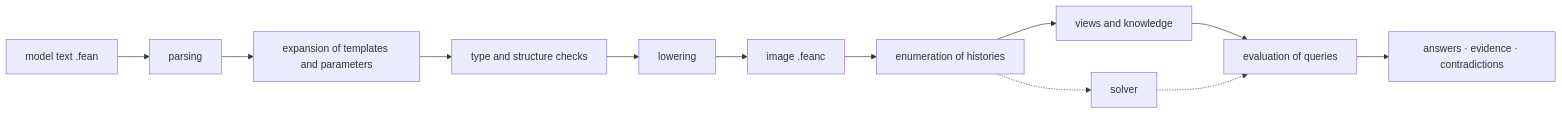
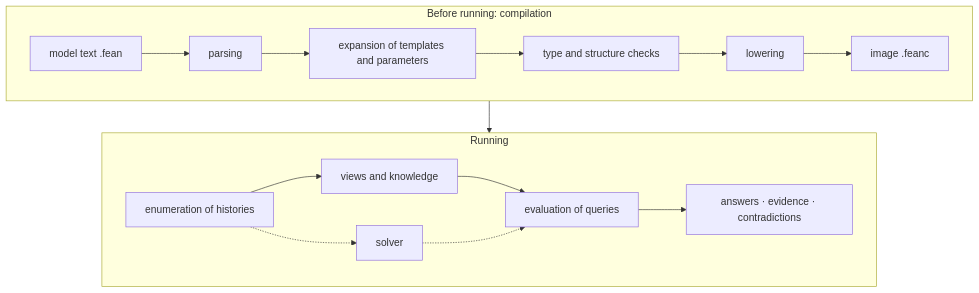
The diagram in README.en.md (jemsi7/fean), drawn with Mermaid before and after one commit. The commit also changed other lines of this file and 5 other files, not shown here.

````diff
--- a/README.en.md
+++ b/README.en.md
@@ -171,14 +171,13 @@
 ```mermaid
-flowchart LR
-    A["model text .fean"] --> B["parsing"]
-    B --> C["expansion of templates and parameters"]
-    C --> D["type and structure checks"]
-    D --> E["lowering"]
-    E --> F["image .feanc"]
-    F --> G["enumeration of histories"]
-    G --> H["views and knowledge"]
-    H --> I["evaluation of queries"]
-    I --> J["answers · evidence · contradictions"]
-    G -.-> K["solver"]
-    K -.-> I
+flowchart TB
+    subgraph compile["Before running: compilation"]
+        direction LR
+        A["model text .fean"] --> B["parsing"] --> C["expansion of templates and parameters"] --> D["type and structure checks"] --> E["lowering"] --> F["image .feanc"]
+    end
+    subgraph run["Running"]
+        direction LR
+        G["enumeration of histories"] --> H["views and knowledge"] --> I["evaluation of queries"] --> J["answers · evidence · contradictions"]
+        G -.-> K["solver"] -.-> I
+    end
+    compile --> run
 ```
````
